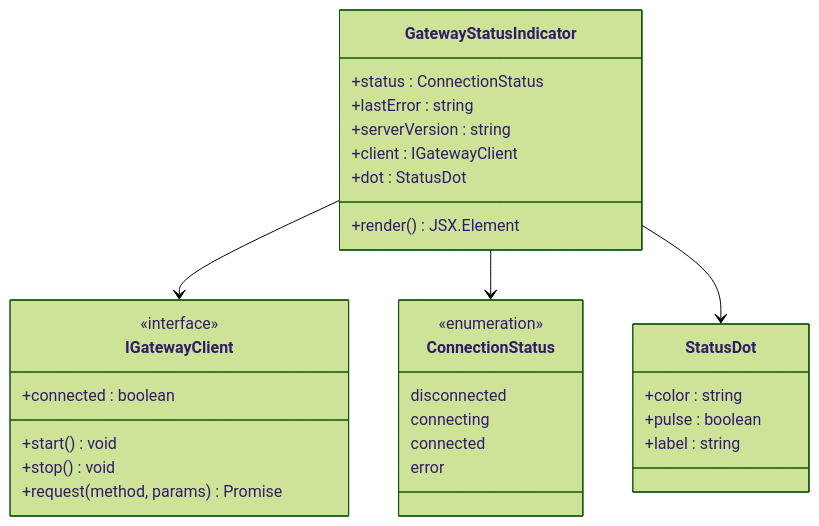
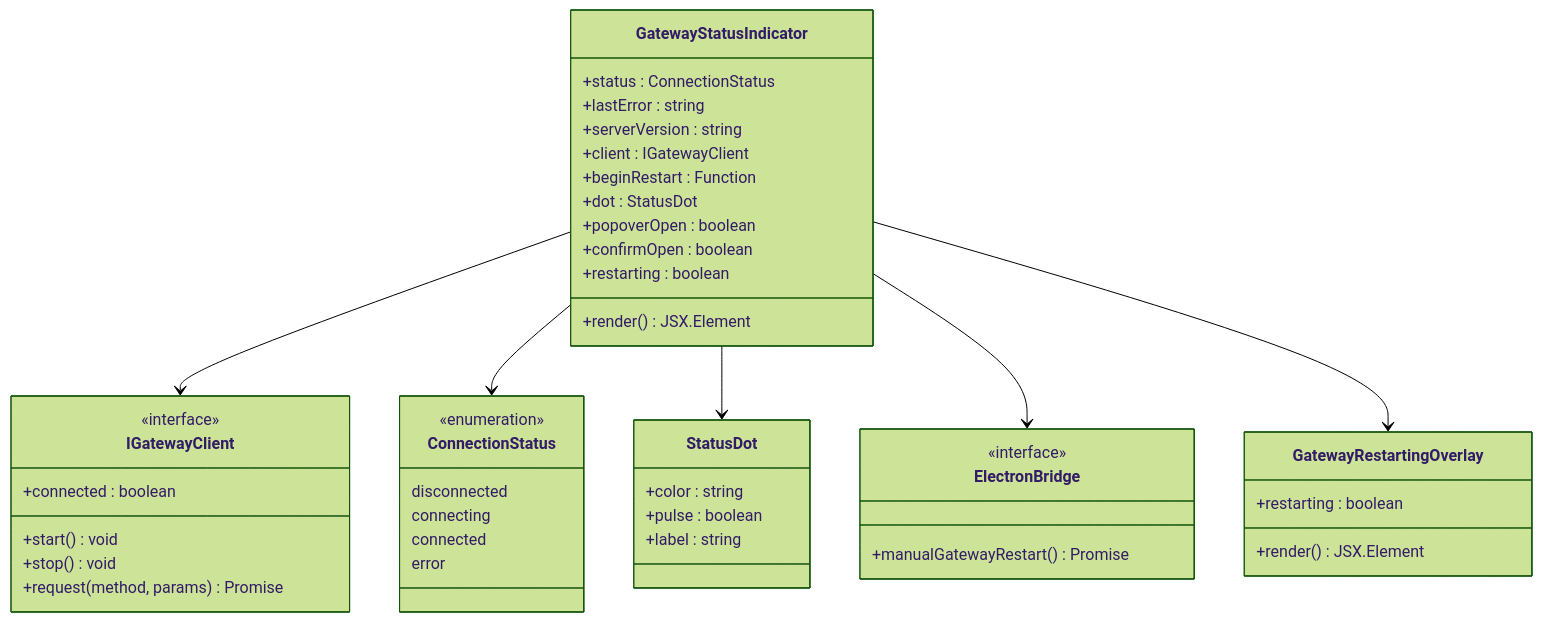
Before and after one commit to verse-ai-org/openclaw: the second of 8 diagrams in .qoder/repowiki/zh/content/Web界面/UI组件系统/网关状态指示器.md, drawn with Mermaid (forest theme). The commit also changed other lines of this file and 19 other files, not shown here.

````diff
--- a/.qoder/repowiki/zh/content/Web界面/UI组件系统/网关状态指示器.md
+++ b/.qoder/repowiki/zh/content/Web界面/UI组件系统/网关状态指示器.md
@@ -89,33 +109,47 @@
 ```mermaid
 classDiagram
 class GatewayStatusIndicator {
 +status : ConnectionStatus
 +lastError : string
 +serverVersion : string
 +client : IGatewayClient
++beginRestart : Function
 +dot : StatusDot
++popoverOpen : boolean
++confirmOpen : boolean
++restarting : boolean
++render() JSX.Element
+}
+class GatewayRestartingOverlay {
++restarting : boolean
 +render() JSX.Element
 }
 class IGatewayClient {
 <<interface>>
 +start() void
 +stop() void
 +connected : boolean
 +request(method, params) Promise
 }
 class ConnectionStatus {
 <<enumeration>>
 disconnected
 connecting
 connected
 error
 }
 class StatusDot {
 +color : string
 +pulse : boolean
 +label : string
 }
+class ElectronBridge {
+<<interface>>
++manualGatewayRestart() Promise
+}
 GatewayStatusIndicator --> IGatewayClient
 GatewayStatusIndicator --> ConnectionStatus
 GatewayStatusIndicator --> StatusDot
+GatewayStatusIndicator --> ElectronBridge
+GatewayStatusIndicator --> GatewayRestartingOverlay
 ```
````
